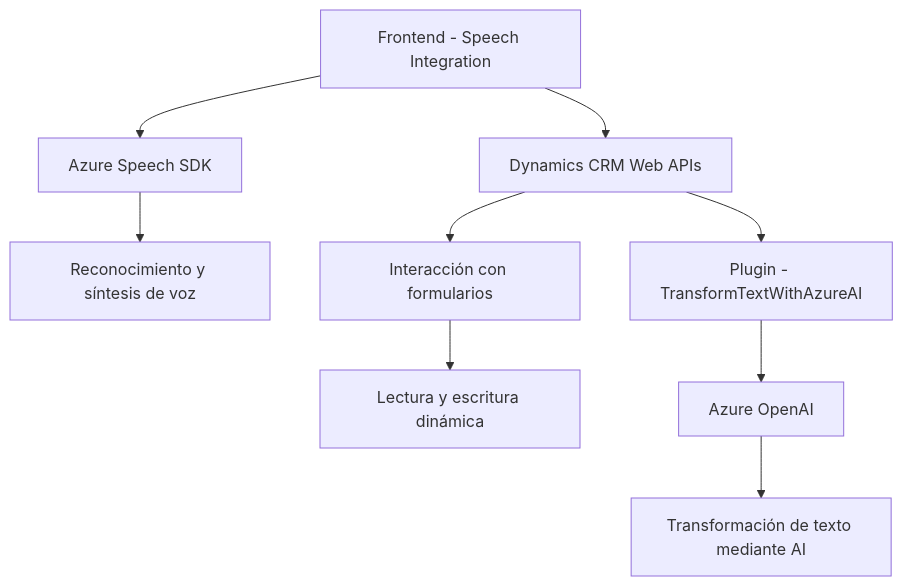
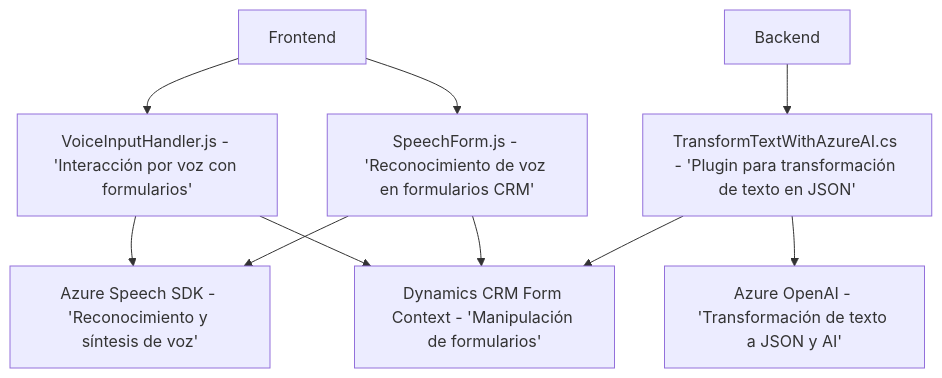
One commit to blopezdm/NETCORE_BILBAO2025 changed the diagram in README.md. Above: the diagram before and after it, drawn with Mermaid. The commit also changed other lines of this file, not shown here.

Commit message:
Actualizar análisis global de la solución con IA

````diff
--- a/README.md
+++ b/README.md
@@ -43,11 +46,21 @@
 ```mermaid
 graph TD
-    A["Frontend - Speech Integration"] --> B["Azure Speech SDK"]
-    A --> C["Dynamics CRM Web APIs"]
-    B --> D["Reconocimiento y síntesis de voz"]
-    C --> E["Interacción con formularios"]
-    E --> F["Lectura y escritura dinámica"]
-    C --> G["Plugin - TransformTextWithAzureAI"]
-    G --> H["Azure OpenAI"]
-    H --> I["Transformación de texto mediante AI"]
+    A["VoiceInputHandler.js - 'Interacción por voz con formularios'"]
+    B["SpeechForm.js - 'Reconocimiento de voz en formularios CRM'"]
+    C["TransformTextWithAzureAI.cs - 'Plugin para transformación de texto en JSON'"]
+    D["Frontend"]
+    E["Backend"]
+    F["Azure Speech SDK - 'Reconocimiento y síntesis de voz'"]
+    G["Dynamics CRM Form Context - 'Manipulación de formularios'"]
+    H["Azure OpenAI - 'Transformación de texto a JSON y AI'"]
+
+    D --> A
+    D --> B
+    E --> C
+    A --> F
+    B --> F
+    A --> G
+    B --> G
+    C --> H
+    C --> G
 ```
````
